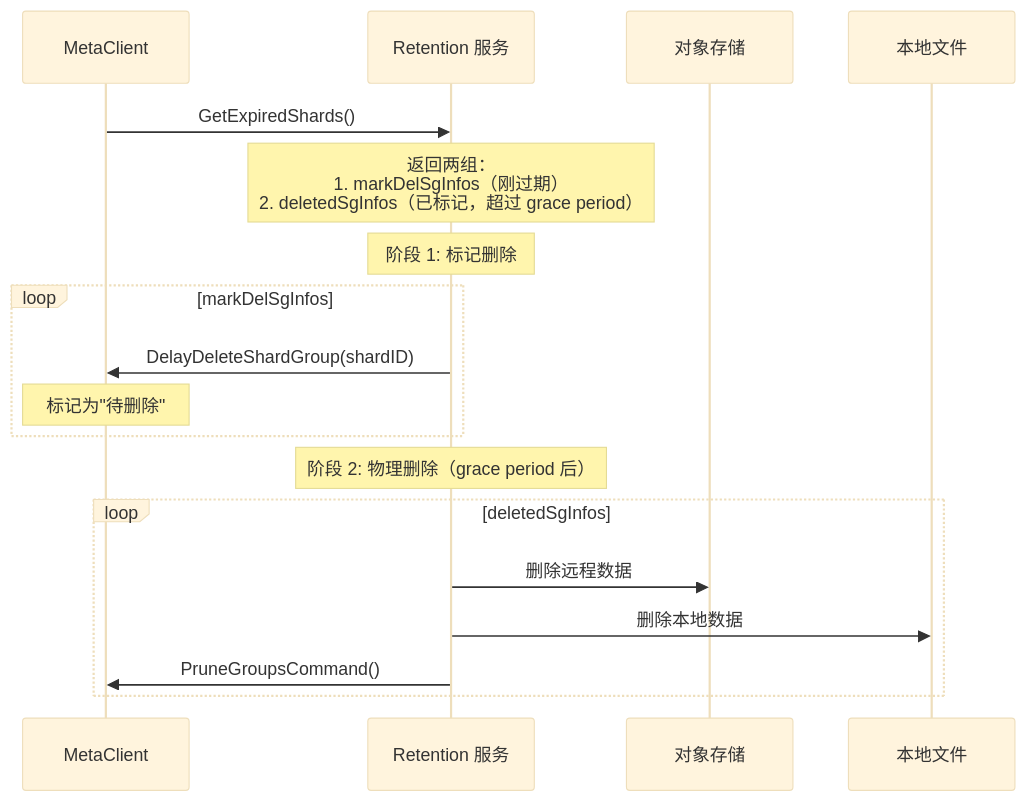
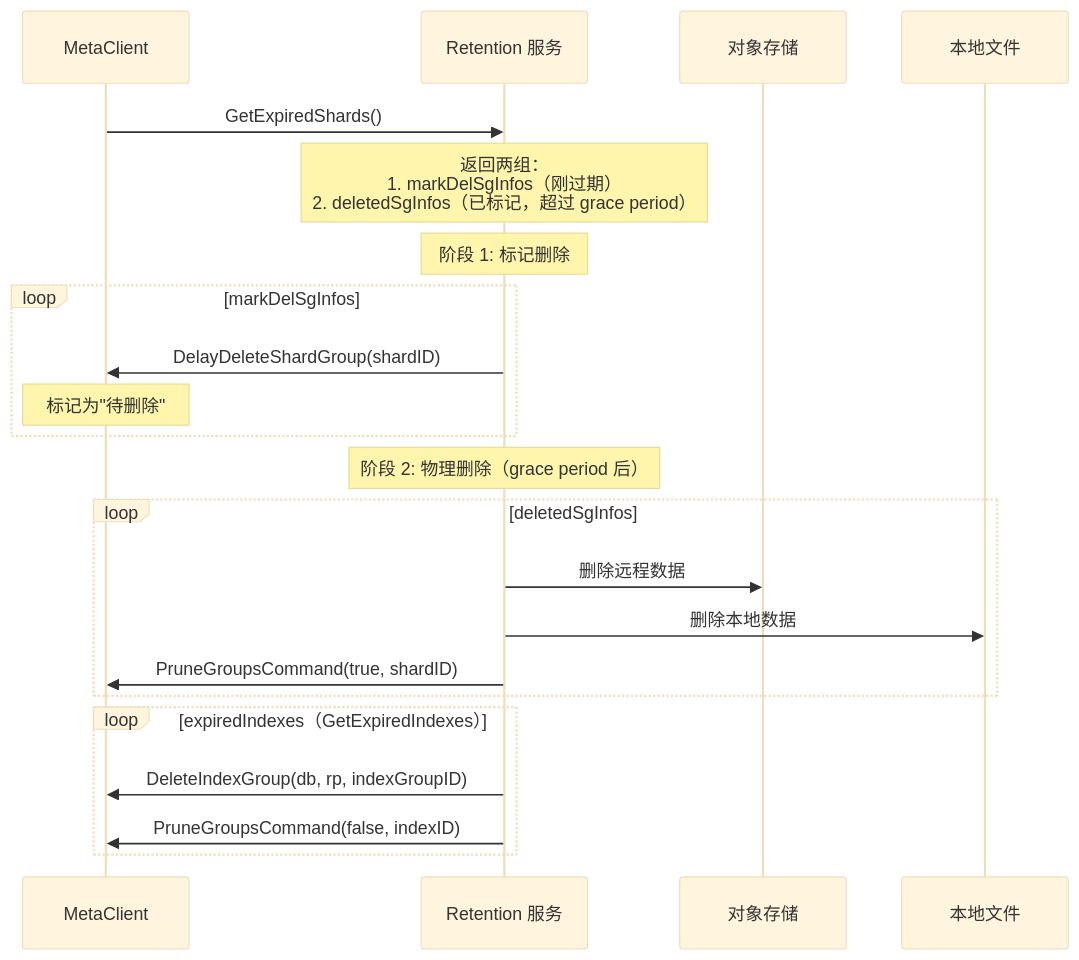
The eighth of 8 diagrams in docs/specs/18_retention_policy_spec.md (stefanv5/openGemini), drawn with Mermaid (base theme) before and after one commit. The commit also changed other lines of this file and 37 other files, not shown here.

````diff
--- a/docs/specs/18_retention_policy_spec.md
+++ b/docs/specs/18_retention_policy_spec.md
@@ -419,23 +482,28 @@
 ```mermaid
 sequenceDiagram
     participant Meta as MetaClient
     participant Retention as Retention 服务
     participant OBS as 对象存储
     participant Local as 本地文件
 
     Meta->>Retention: GetExpiredShards()
     Note over Retention: 返回两组：<br/>1. markDelSgInfos（刚过期）<br/>2. deletedSgInfos（已标记，超过 grace period）
 
     Note over Retention: 阶段 1: 标记删除
     loop markDelSgInfos
         Retention->>Meta: DelayDeleteShardGroup(shardID)
         Note over Meta: 标记为"待删除"
     end
 
     Note over Retention: 阶段 2: 物理删除（grace period 后）
     loop deletedSgInfos
         Retention->>OBS: 删除远程数据
         Retention->>Local: 删除本地数据
-        Retention->>Meta: PruneGroupsCommand()
+        Retention->>Meta: PruneGroupsCommand(true, shardID)
+    end
+
+    loop expiredIndexes（GetExpiredIndexes）
+        Retention->>Meta: DeleteIndexGroup(db, rp, indexGroupID)
+        Retention->>Meta: PruneGroupsCommand(false, indexID)
     end
 ```
````
